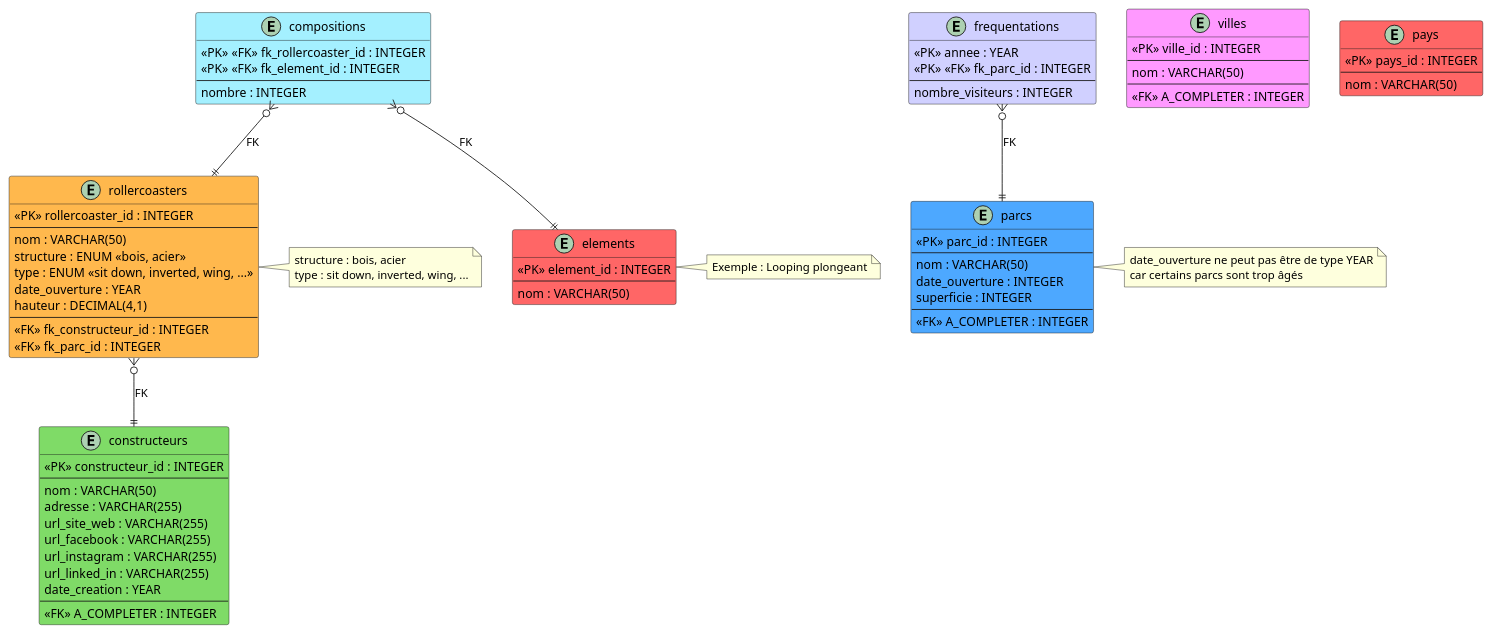
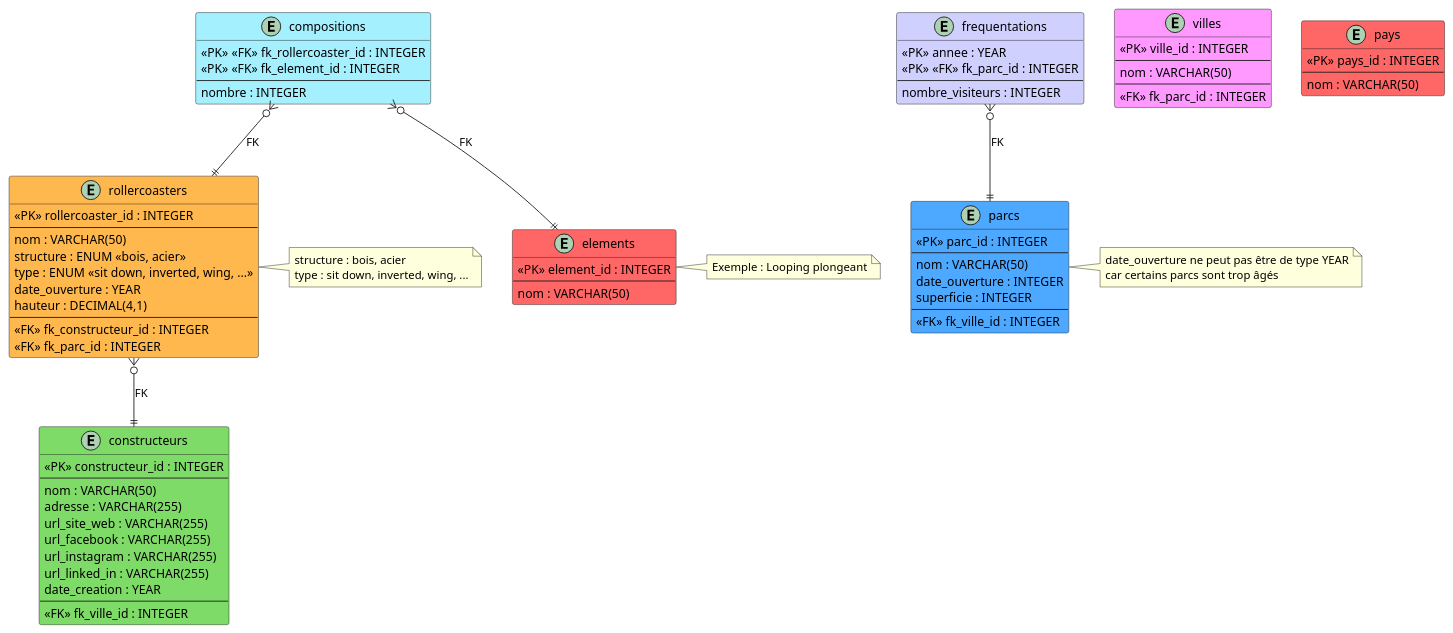
Before and after one commit to victorgms3/uml: the diagram in Schéma ERD eurocoasters (A COMPLETER).puml, drawn with PlantUML.

Commit message:
Fix foreign key references in 'constructeurs', 'parcs', and 'villes' entities

```diff
--- a/Schéma ERD eurocoasters (A COMPLETER).puml
+++ b/Schéma ERD eurocoasters (A COMPLETER).puml
@@ -1,120 +1,120 @@
 @startuml
 
 ' Personnalisation des stéréotypes PK et FK :
 skinparam class {
     StereotypeFontColor<<PK>> Black
     StereotypeFontColor<<FK>> Black
     StereotypeBackgroundColor<<PK>> YellowGreen
     StereotypeBackgroundColor<<FK>> LightSkyBlue
     SterotypeBorderColor<<PK>> Black
     SterotypeBorderColor<<FK>> Black
 }
 
 ' ---------------------------------
 ' Définition des entités (tables) :
 ' ---------------------------------
 
 entity rollercoasters #FFB84D {
     <<PK>> rollercoaster_id : INTEGER
     --
     nom : VARCHAR(50)
     structure : ENUM <<bois, acier>>
     type : ENUM <<sit down, inverted, wing, ...>>
     date_ouverture : YEAR
     hauteur : DECIMAL(4,1)
     --
     <<FK>> fk_constructeur_id : INTEGER
     <<FK>> fk_parc_id : INTEGER
 }
 
 entity constructeurs #7FDB67 {
     <<PK>> constructeur_id : INTEGER
     --
     nom : VARCHAR(50)
     adresse : VARCHAR(255)
     url_site_web : VARCHAR(255)
     url_facebook : VARCHAR(255)
     url_instagram : VARCHAR(255)
     url_linked_in : VARCHAR(255)
     date_creation : YEAR
     --
-    <<FK>> A_COMPLETER : INTEGER
+    <<FK>> fk_ville_id : INTEGER
 }
 
 entity parcs #4DA8FF {
     <<PK>> parc_id : INTEGER
     --
     nom : VARCHAR(50)    
     date_ouverture : INTEGER
     superficie : INTEGER
     --
-    <<FK>> A_COMPLETER : INTEGER
+    <<FK>> fk_ville_id : INTEGER
 }
 
 entity villes #FF99FF {
     <<PK>> ville_id : INTEGER
     --
     nom : VARCHAR(50)
     --
-    <<FK>> A_COMPLETER : INTEGER
+    <<FK>> fk_parc_id : INTEGER
 }
 
 entity pays #FF6666 {
     <<PK>> pays_id : INTEGER
     --
     nom : VARCHAR(50)
 }
 
 entity compositions #A4F0FF {
     <<PK>> <<FK>> fk_rollercoaster_id : INTEGER
     <<PK>> <<FK>> fk_element_id : INTEGER
     --
     nombre : INTEGER
 }
 
 entity elements #FF6666 {
     <<PK>> element_id : INTEGER
     --
     nom : VARCHAR(50)
 }
 
 entity frequentations #D0D0FF {
     <<PK>> annee : YEAR
     <<PK>> <<FK>> fk_parc_id : INTEGER
     --
     nombre_visiteurs : INTEGER
 }
 
 
 ' --------------------------------------------
 ' Définition des relations entre les entités :
 ' --------------------------------------------
 
 rollercoasters }o--|| constructeurs : "FK"
 
 ' COMPLETER ICI LES 4 RELATIONS MANQUANTES
 
 compositions }o--|| rollercoasters : "FK"
 compositions }o--|| elements : "FK"
 frequentations }o--|| parcs : "FK"
 
 
 ' ---------------------------------------------------------
 ' Annotations sur les types ou autres informations utiles :
 ' ---------------------------------------------------------
 
 note right of rollercoasters
     structure : bois, acier
     type : sit down, inverted, wing, ...
 end note
 
 note right of parcs
     date_ouverture ne peut pas être de type YEAR
     car certains parcs sont trop âgés
 end note
 
 note right of elements
     Exemple : Looping plongeant
 end note
 
 @enduml
```
